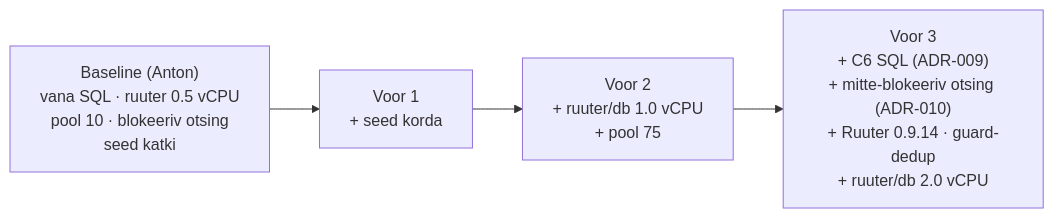
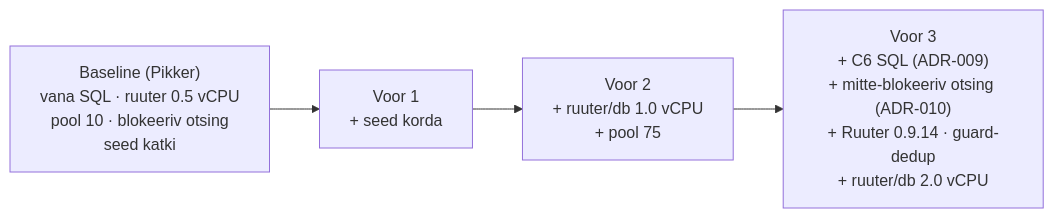
Before and after one commit to kemit-ee/efti-gate-ee: the first of 5 diagrams in docs/performance/askend_perf_verification/askend_performance_testing_and_tuning.md, drawn with Mermaid. The commit also changed other lines of this file, not shown here.

````diff
--- a/docs/performance/askend_perf_verification/askend_performance_testing_and_tuning.md
+++ b/docs/performance/askend_perf_verification/askend_performance_testing_and_tuning.md
@@ -25,8 +25,8 @@
 ```mermaid
 flowchart LR
-    B["Baseline (Anton)<br/>vana SQL · ruuter 0.5 vCPU<br/>pool 10 · blokeeriv otsing<br/>seed katki"]
+    B["Baseline (Pikker)<br/>vana SQL · ruuter 0.5 vCPU<br/>pool 10 · blokeeriv otsing<br/>seed katki"]
     R1["Voor 1<br/>+ seed korda"]
     R2["Voor 2<br/>+ ruuter/db 1.0 vCPU<br/>+ pool 75"]
     R3["Voor 3<br/>+ C6 SQL (ADR-009)<br/>+ mitte-blokeeriv otsing (ADR-010)<br/>+ Ruuter 0.9.14 · guard-dedup<br/>+ ruuter/db 2.0 vCPU"]
     B --> R1 --> R2 --> R3
 ```
````
